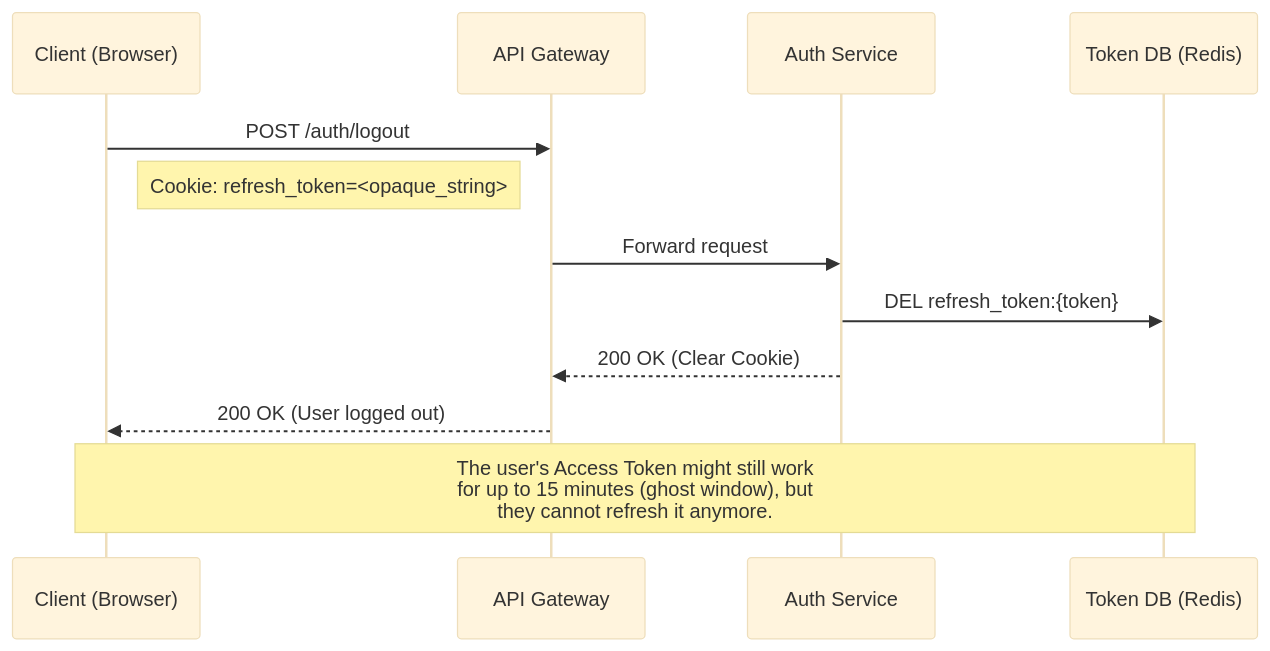
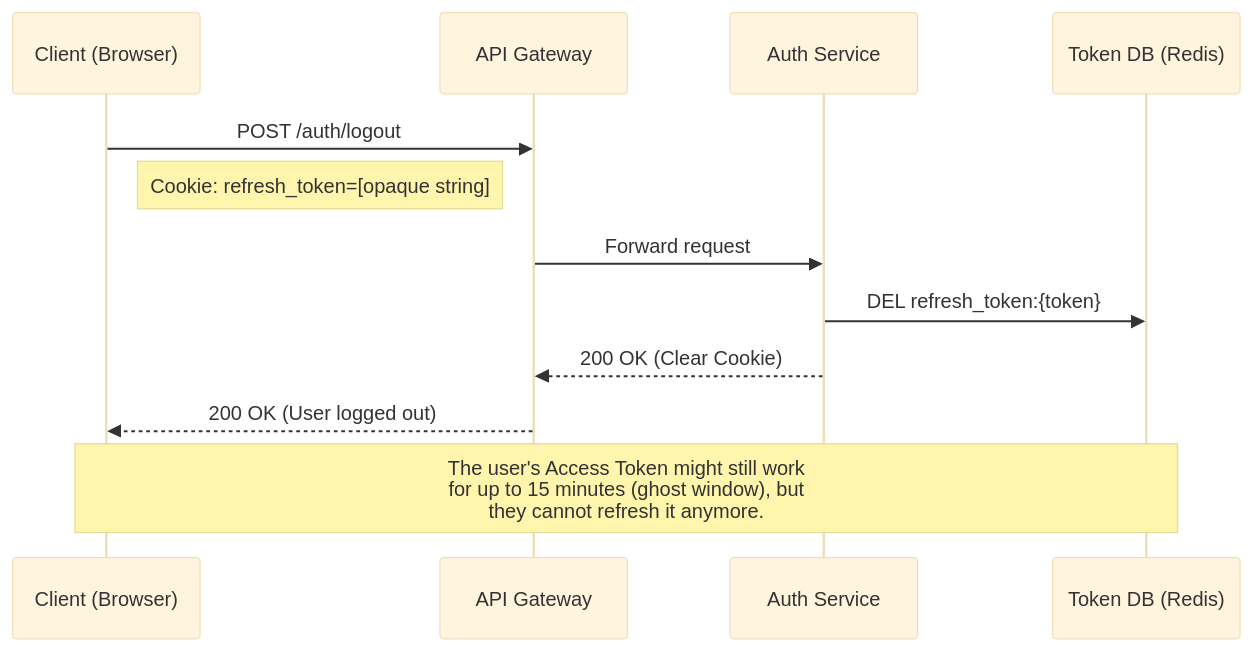
Before and after one commit to boycececil666gmailcom/Microservice-Auth-Platform: the fourth of 4 diagrams in design/auth/01-auth-flow.md, drawn with Mermaid (base theme). The commit also changed other lines of this file and 4 other files, not shown here.

````diff
--- a/design/auth/01-auth-flow.md
+++ b/design/auth/01-auth-flow.md
@@ -157,18 +181,18 @@
 ```mermaid
 sequenceDiagram
     participant C as Client (Browser)
     participant G as API Gateway
     participant A as Auth Service
     participant R as Token DB (Redis)
 
     C->>G: POST /auth/logout
-    Note right of C: Cookie: refresh_token=<opaque_string>
+    Note right of C: Cookie: refresh_token=[opaque string]
     
     G->>A: Forward request
     A->>R: DEL refresh_token:{token}
     
     A-->>G: 200 OK (Clear Cookie)
     G-->>C: 200 OK (User logged out)
     
     Note over C,R: The user's Access Token might still work<br/>for up to 15 minutes (ghost window), but<br/>they cannot refresh it anymore.
 ```
````
